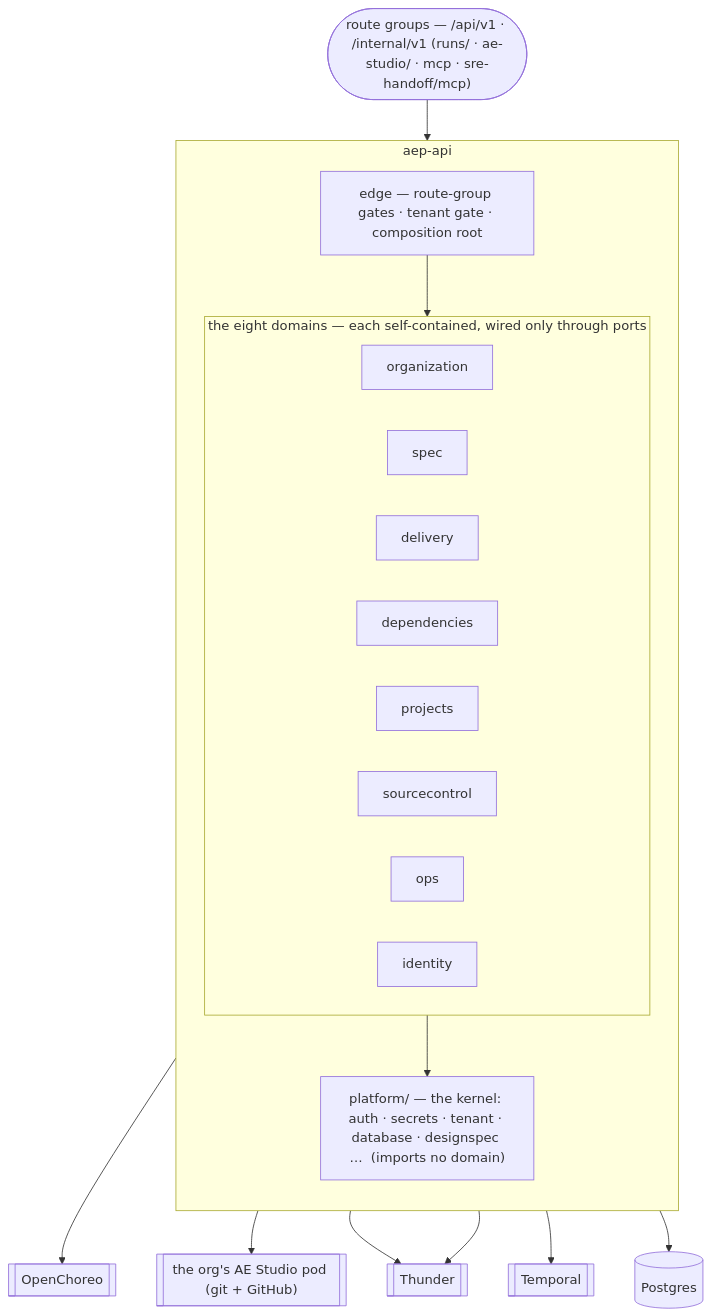
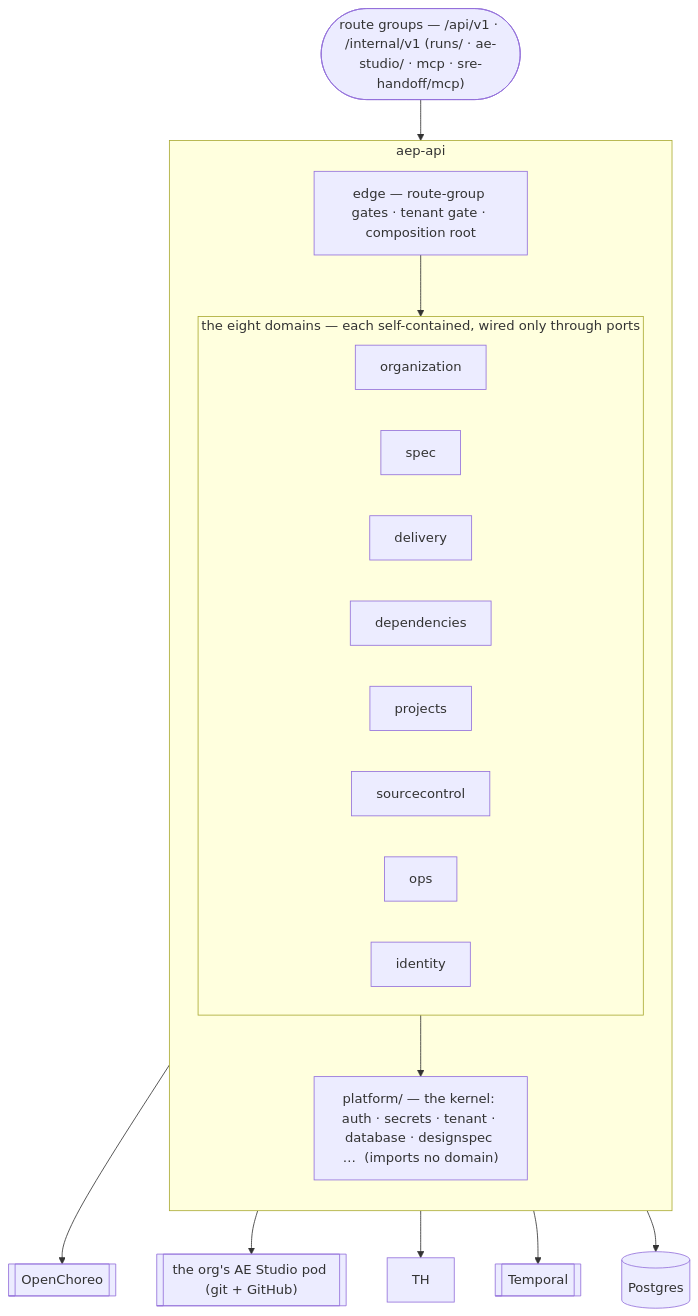
One commit to wso2/labs-agentic-engineer changed the diagram in services/aep-api/README.md. Above: the diagram before and after it, drawn with Mermaid. The commit also changed other lines of this file and 11 other files, not shown here.

````diff
--- a/services/aep-api/README.md
+++ b/services/aep-api/README.md
@@ -16,29 +16,28 @@
 ```mermaid
 flowchart TB
   SURF(["route groups — /api/v1 · /internal/v1 (runs/ · ae-studio/ · mcp · sre-handoff/mcp)"])
   subgraph AEPAPI["aep-api"]
     direction TB
     EDGE["edge — route-group gates · tenant gate · composition root"]
     subgraph DOMAINS["the eight domains — each self-contained, wired only through ports"]
       direction LR
       ORG["organization"]
       SPEC["spec"]
       DEL["delivery"]
       DEP["dependencies"]
       PROJ["projects"]
       SC["sourcecontrol"]
       OPS["ops"]
       IDN["identity"]
     end
     PLAT["platform/ — the kernel: auth · secrets · tenant · database · designspec …  (imports no domain)"]
     EDGE --> DOMAINS
     DOMAINS --> PLAT
   end
   SURF --> EDGE
   DOMAINS --> PG[("Postgres")]
   DEP --> OC[[OpenChoreo]]
   SC --> AES[["the org's AE Studio pod (git + GitHub)"]]
-  ORG --> TH[[Thunder]]
   IDN --> TH
   DEL --> TMP[[Temporal]]
 ```
````
